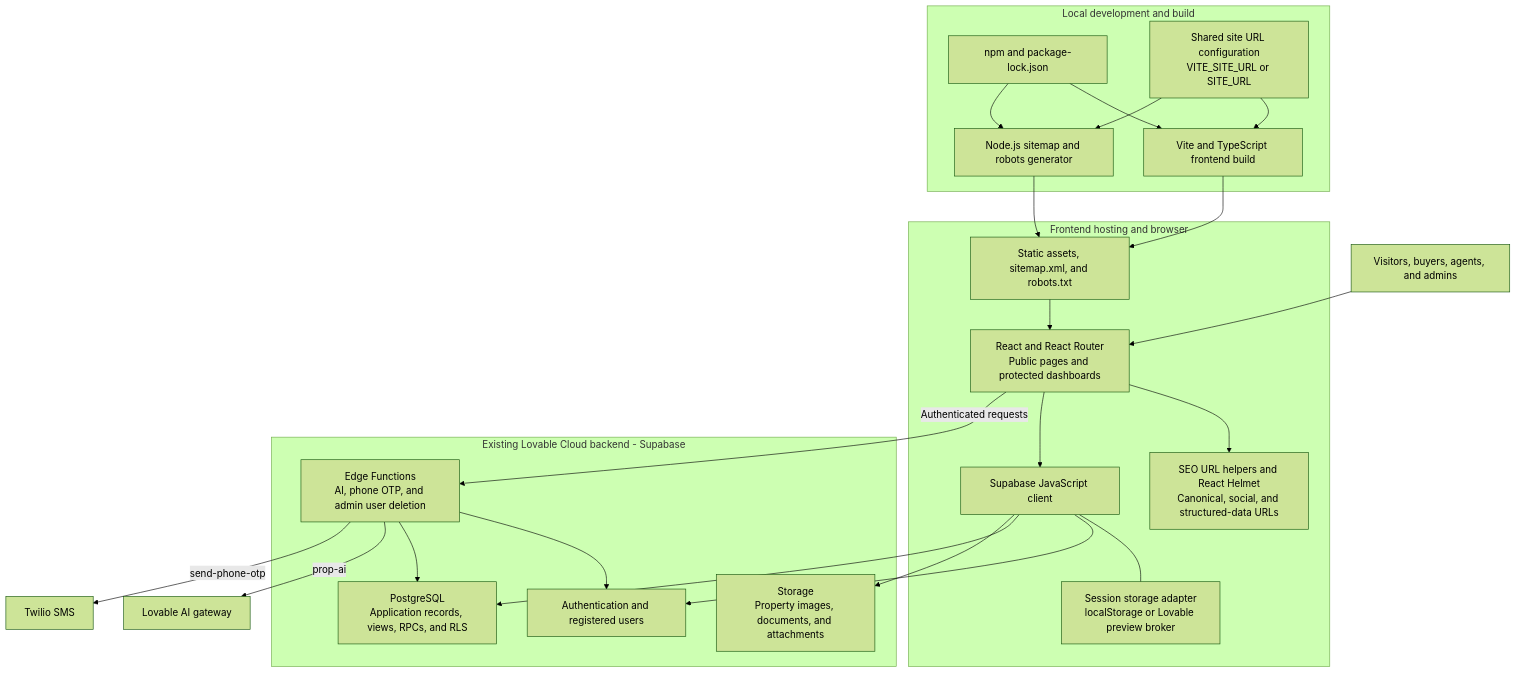
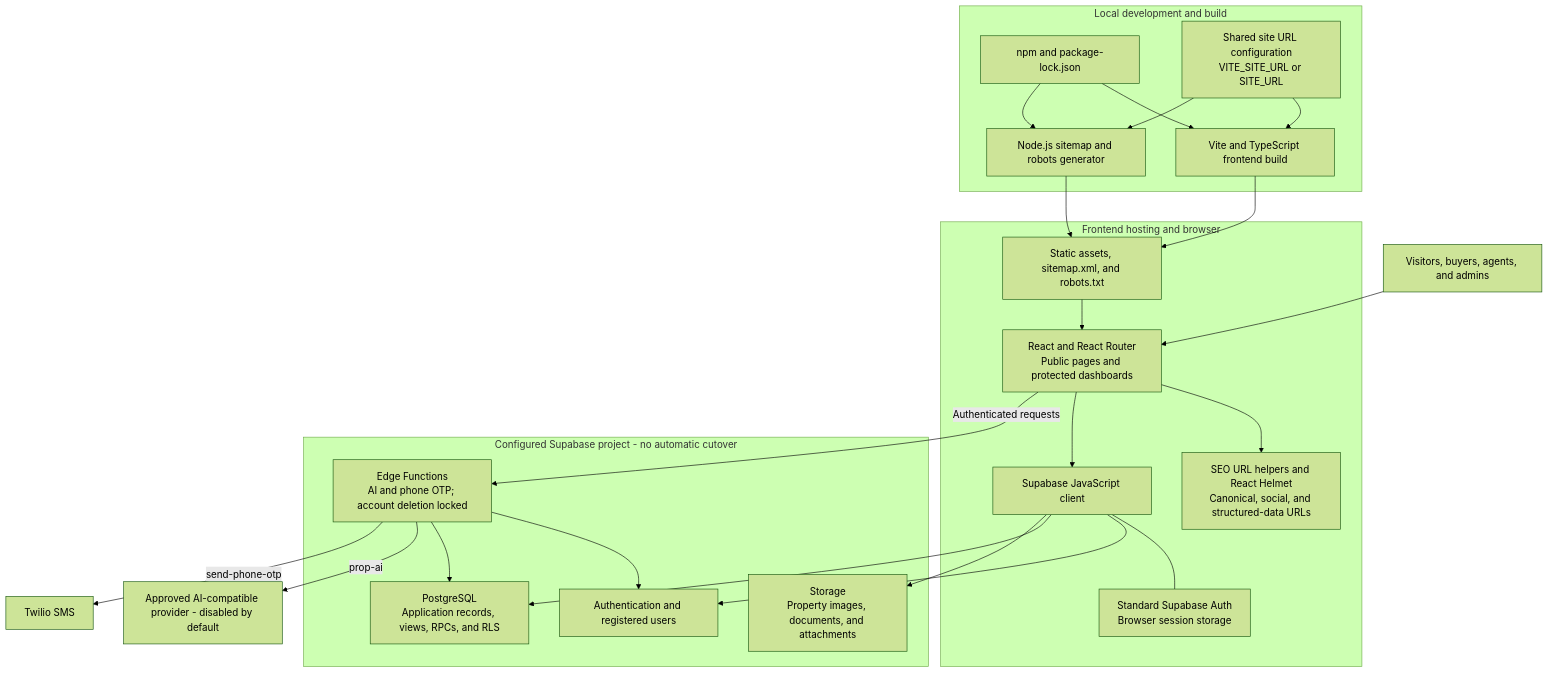
One commit to edetankings/prop-connecthub changed the diagram in README.md. Above: the diagram before and after it, drawn with Mermaid (forest theme). The commit also changed other lines of this file and 70 other files, not shown here.

````diff
--- a/README.md
+++ b/README.md
@@ -12,49 +14,49 @@
 ```mermaid
 flowchart TB
   Visitor["Visitors, buyers, agents, and admins"]
 
   subgraph Build["Local development and build"]
     Npm["npm and package-lock.json"]
     Config["Shared site URL configuration<br/>VITE_SITE_URL or SITE_URL"]
     Vite["Vite and TypeScript frontend build"]
     Generator["Node.js sitemap and robots generator"]
     Npm --> Vite
     Npm --> Generator
     Config --> Vite
     Config --> Generator
   end
 
   subgraph Web["Frontend hosting and browser"]
     Static["Static assets, sitemap.xml, and robots.txt"]
     React["React and React Router<br/>Public pages and protected dashboards"]
     Seo["SEO URL helpers and React Helmet<br/>Canonical, social, and structured-data URLs"]
     Client["Supabase JavaScript client"]
-    Preview["Session storage adapter<br/>localStorage or Lovable preview broker"]
+    Preview["Standard Supabase Auth<br/>Browser session storage"]
     React --> Seo
     React --> Client
     Client --- Preview
   end
 
-  subgraph Backend["Existing Lovable Cloud backend - Supabase"]
+  subgraph Backend["Configured Supabase project - no automatic cutover"]
     Auth["Authentication and registered users"]
     Database["PostgreSQL<br/>Application records, views, RPCs, and RLS"]
     Storage["Storage<br/>Property images, documents, and attachments"]
-    Functions["Edge Functions<br/>AI, phone OTP, and admin user deletion"]
+    Functions["Edge Functions<br/>AI and phone OTP; account deletion locked"]
   end
 
-  Gateway["Lovable AI gateway"]
+  Gateway["Approved AI-compatible provider - disabled by default"]
   Twilio["Twilio SMS"]
 
   Vite --> Static
   Generator --> Static
   Static --> React
   Visitor --> React
   Client --> Auth
   Client --> Database
   Client --> Storage
   React -->|"Authenticated requests"| Functions
   Functions --> Auth
   Functions --> Database
   Functions -->|"prop-ai"| Gateway
   Functions -->|"send-phone-otp"| Twilio
 ```
````
